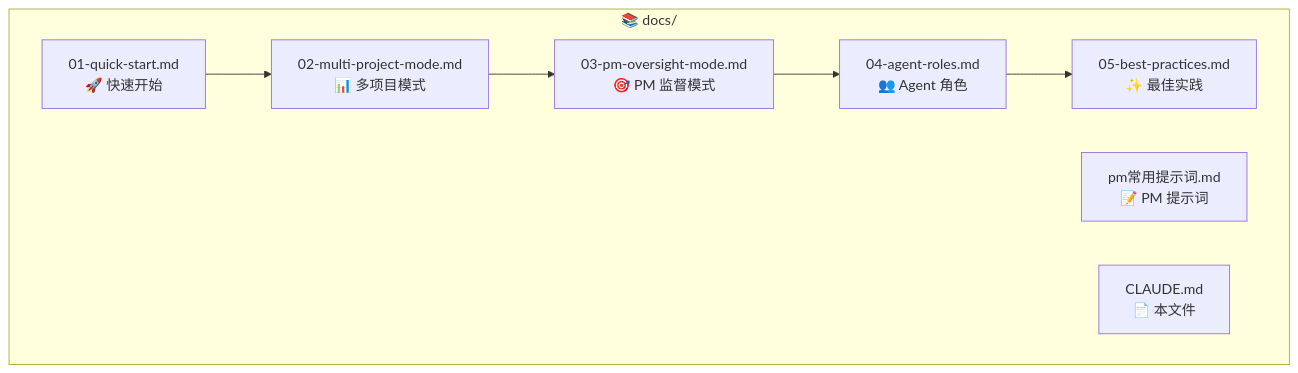
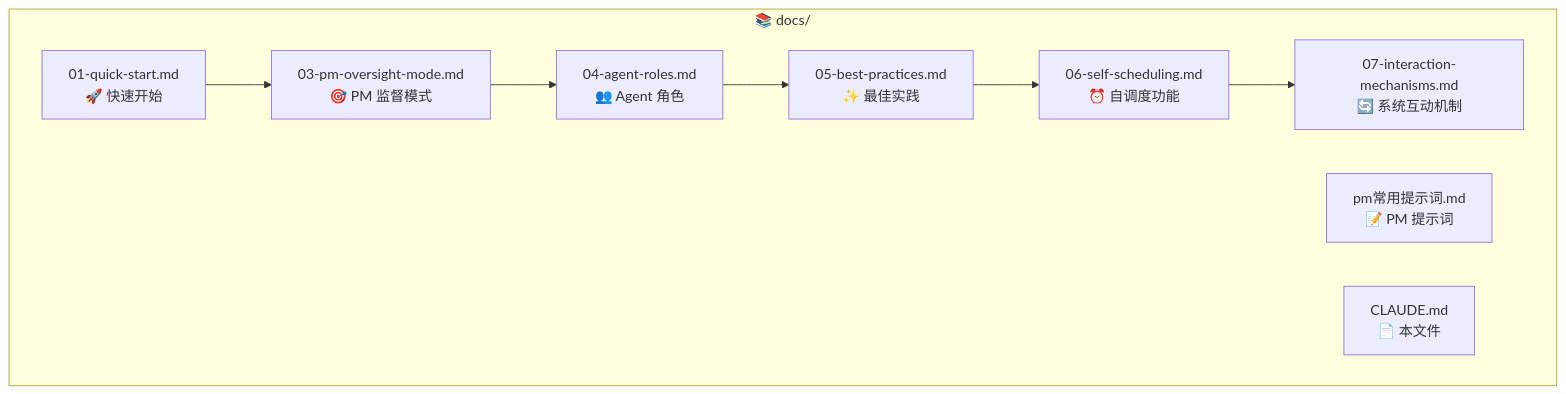
Before and after one commit to coolwoo/Tmux-AI-Team: the diagram in docs/CLAUDE.md, drawn with Mermaid. The commit also changed other lines of this file and 16 other files, not shown here.

````diff
--- a/docs/CLAUDE.md
+++ b/docs/CLAUDE.md
@@ -11,17 +11,19 @@
 ```mermaid
 graph TB
     subgraph Docs["📚 docs/"]
         D01["01-quick-start.md<br/>🚀 快速开始"]
-        D02["02-multi-project-mode.md<br/>📊 多项目模式"]
         D03["03-pm-oversight-mode.md<br/>🎯 PM 监督模式"]
         D04["04-agent-roles.md<br/>👥 Agent 角色"]
         D05["05-best-practices.md<br/>✨ 最佳实践"]
+        D06["06-self-scheduling.md<br/>⏰ 自调度功能"]
+        D07["07-interaction-mechanisms.md<br/>🔄 系统互动机制"]
         D_PM["pm常用提示词.md<br/>📝 PM 提示词"]
         D_CLAUDE["CLAUDE.md<br/>📄 本文件"]
     end
 
-    D01 --> D02
-    D02 --> D03
+    D01 --> D03
     D03 --> D04
     D04 --> D05
+    D05 --> D06
+    D06 --> D07
 ```
````
